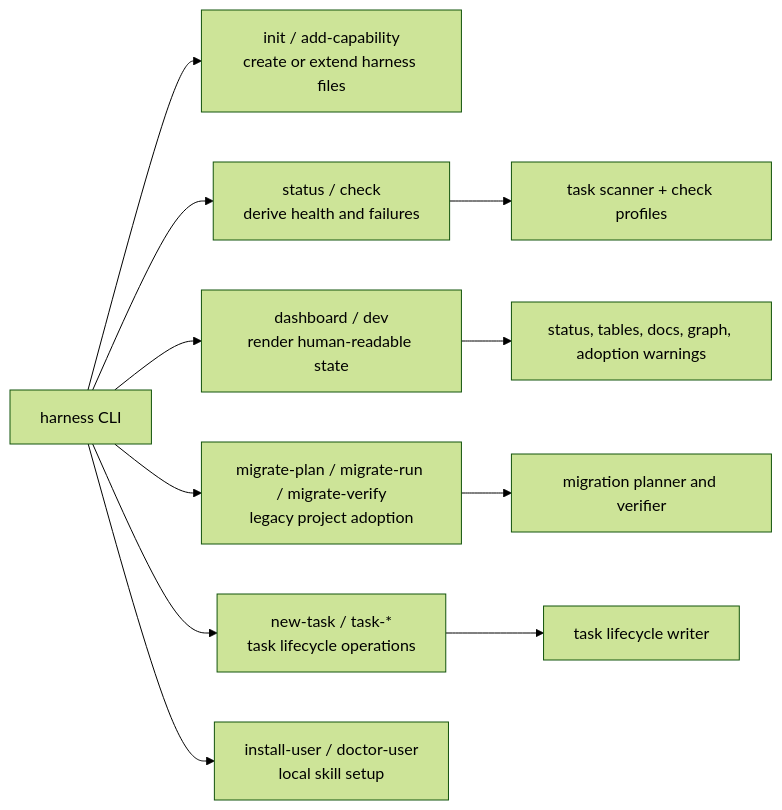
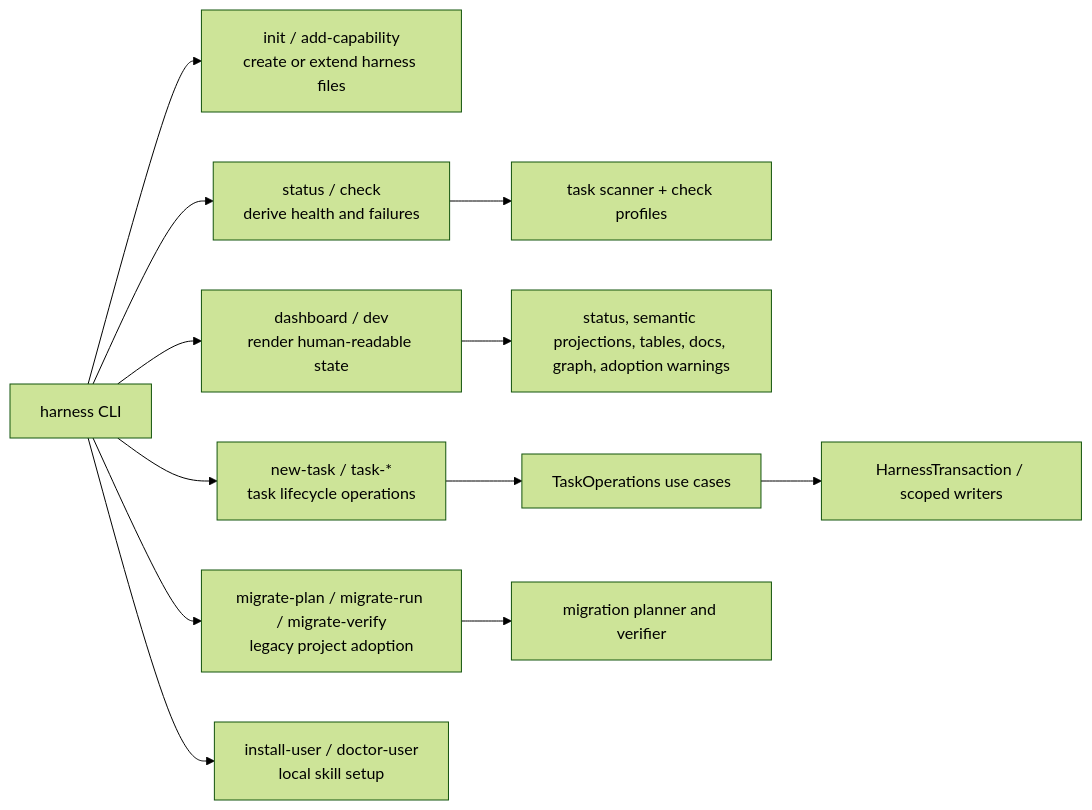
One commit to FairladyZ625/coding-agent-harness changed the fourth of 11 diagrams in docs-release/architecture/overview.md. Above: the diagram before and after it, drawn with Mermaid (forest theme). The commit also changed other lines of this file and 13 other files, not shown here.

Commit message:
docs: align release architecture docs

````diff
--- a/docs-release/architecture/overview.md
+++ b/docs-release/architecture/overview.md
@@ -113,16 +118,17 @@
 ```mermaid
 flowchart LR
   CLI["harness CLI"]
 
   CLI --> Init["init / add-capability<br/>create or extend harness files"]
   CLI --> Status["status / check<br/>derive health and failures"]
   CLI --> Dashboard["dashboard / dev<br/>render human-readable state"]
   CLI --> Migration["migrate-plan / migrate-run / migrate-verify<br/>legacy project adoption"]
   CLI --> Task["new-task / task-*<br/>task lifecycle operations"]
   CLI --> UserSkill["install-user / doctor-user<br/>local skill setup"]
 
   Status --> Scanner["task scanner + check profiles"]
-  Dashboard --> Bundle["status, tables, docs, graph, adoption warnings"]
-  Task --> Lifecycle["task lifecycle writer"]
+  Dashboard --> Bundle["status, semantic projections, tables, docs, graph, adoption warnings"]
+  Task --> Operations["TaskOperations use cases"]
+  Operations --> Transaction["HarnessTransaction / scoped writers"]
   Migration --> Planner["migration planner and verifier"]
 ```
````
